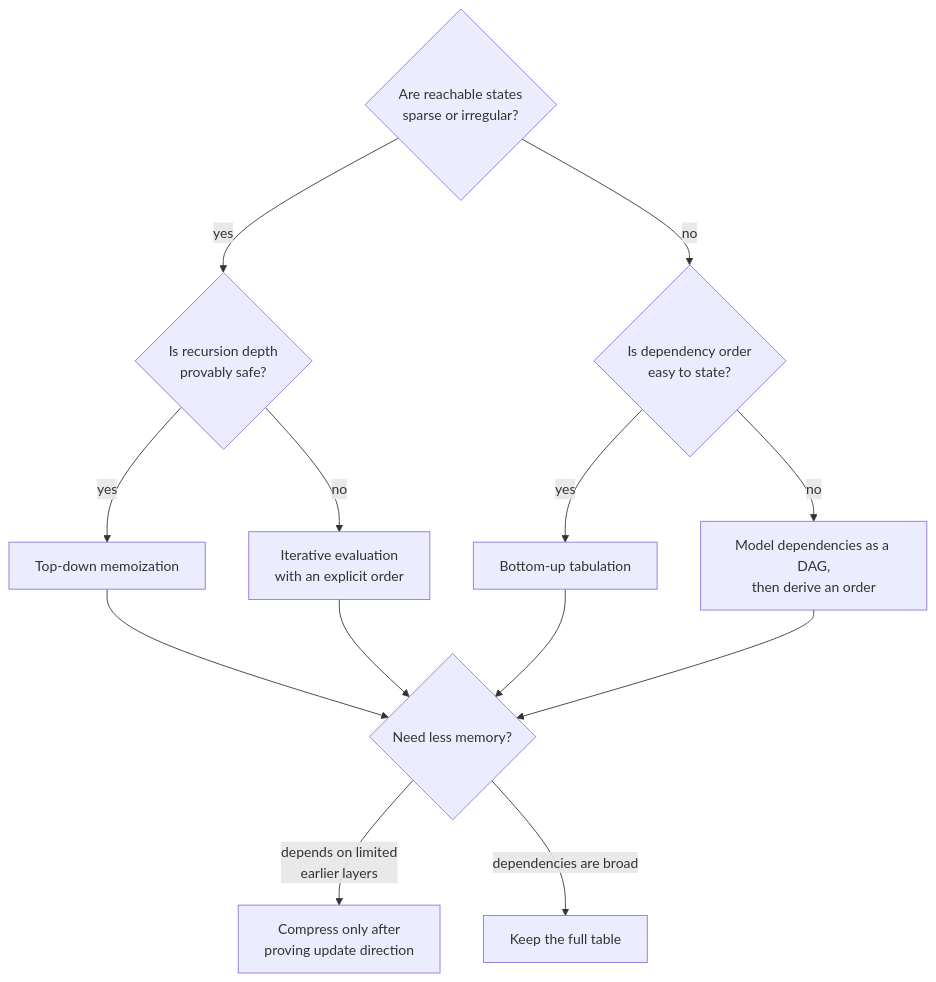
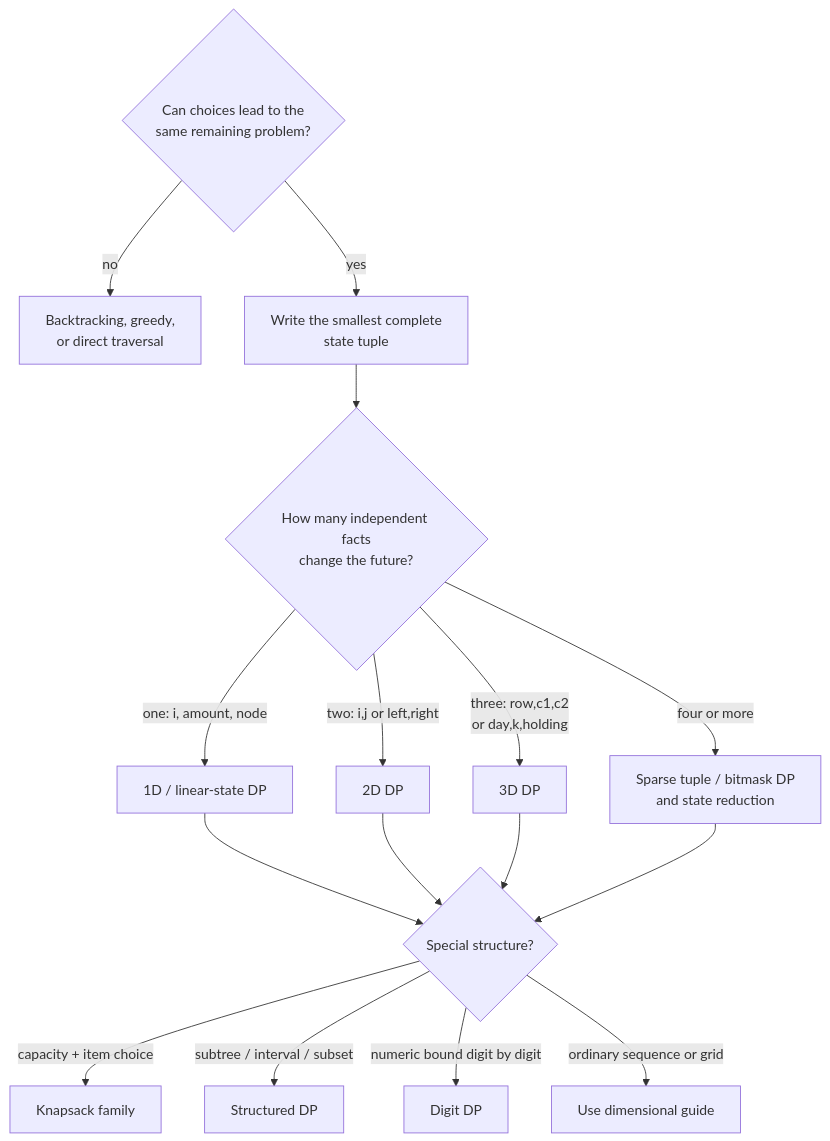
One commit to buicongnguyen/Leetcode changed the first of 2 diagrams in docs/chapter_09_dynamic_programming/index.md. Above: the diagram before and after it, drawn with Mermaid. The commit also changed other lines of this file and 16 other files, not shown here.

Commit message:
Expand dynamic programming learning paths

````diff
--- a/docs/chapter_09_dynamic_programming/index.md
+++ b/docs/chapter_09_dynamic_programming/index.md
@@ -47,18 +27,21 @@
 ```mermaid
 flowchart TD
-  accTitle: Choosing memoization, tabulation, and safe space compression
-  accDescr: Prefer memoization for a natural recurrence with sparse reachable states when recursion depth is safe. Prefer tabulation for dense states, deep dependency chains, or a clear evaluation order. Compress memory only after proving that each state reads a limited set of earlier layers and choosing the safe update direction.
-  A{"Are reachable states<br/>sparse or irregular?"}
-  A -->|yes| B{"Is recursion depth<br/>provably safe?"}
-  B -->|yes| C["Top-down memoization"]
-  B -->|no| D["Iterative evaluation<br/>with an explicit order"]
-  A -->|no| E{"Is dependency order<br/>easy to state?"}
-  E -->|yes| F["Bottom-up tabulation"]
-  E -->|no| G["Model dependencies as a DAG,<br/>then derive an order"]
-  C --> H{"Need less memory?"}
-  D --> H
-  F --> H
-  G --> H
-  H -->|"depends on limited<br/>earlier layers"| I["Compress only after<br/>proving update direction"]
-  H -->|"dependencies are broad"| J["Keep the full table"]
+  accTitle: Dynamic-programming pattern and dimension chooser
+  accDescr: Start from the decisions and repeated subproblems. Use one-dimensional DP for one changing prefix or amount, two-dimensional DP for two prefixes, grid coordinates, or intervals, three-dimensional DP when a third independent constraint such as a second robot or transaction state changes the future, and sparse tuple memoization for higher-dimensional state. Then identify a specialized family such as knapsack, tree, interval, subset, or digit DP.
+  A{"Can choices lead to the<br/>same remaining problem?"}
+  A -->|no| B["Backtracking, greedy,<br/>or direct traversal"]
+  A -->|yes| C["Write the smallest complete<br/>state tuple"]
+  C --> D{"How many independent facts<br/>change the future?"}
+  D -->|"one: i, amount, node"| E["1D / linear-state DP"]
+  D -->|"two: i,j or left,right"| F["2D DP"]
+  D -->|"three: row,c1,c2<br/>or day,k,holding"| G["3D DP"]
+  D -->|"four or more"| H["Sparse tuple / bitmask DP<br/>and state reduction"]
+  E --> I{"Special structure?"}
+  F --> I
+  G --> I
+  H --> I
+  I -->|"capacity + item choice"| J["Knapsack family"]
+  I -->|"subtree / interval / subset"| K["Structured DP"]
+  I -->|"numeric bound digit by digit"| L["Digit DP"]
+  I -->|"ordinary sequence or grid"| M["Use dimensional guide"]
 ```
````
